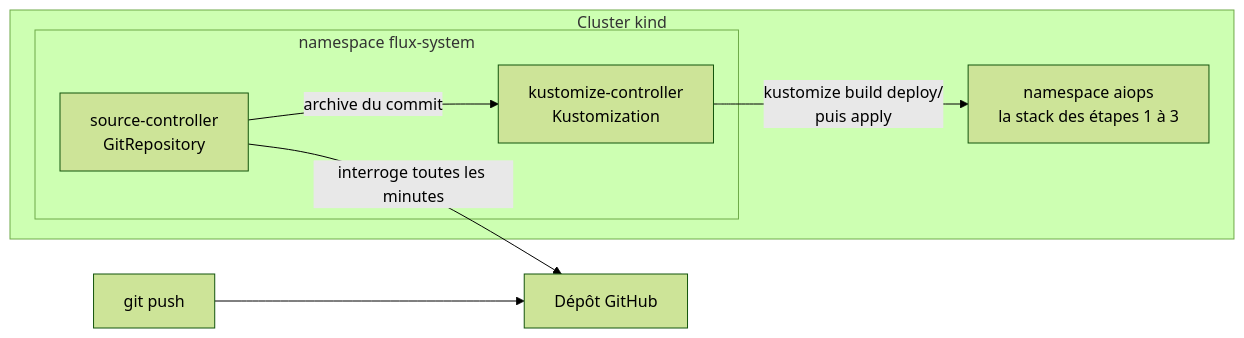
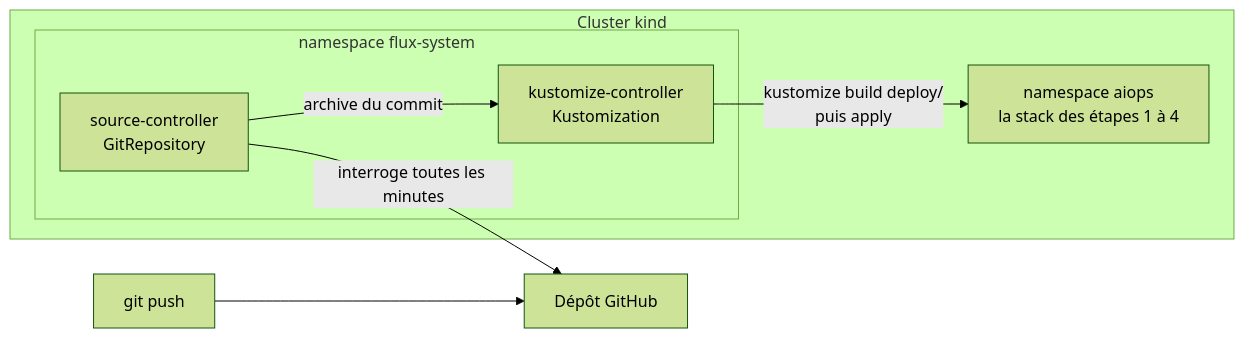
Before and after one commit to Abi0066/k8s-aiops-agent: the third of 3 diagrams in README.md, drawn with Mermaid (forest theme). The commit also changed other lines of this file and 3 other files, not shown here.

````diff
--- a/README.md
+++ b/README.md
@@ -150,14 +150,14 @@
 ```mermaid
 flowchart LR
     Dev["git push"] --> GH["Dépôt GitHub"]
     subgraph K8s["Cluster kind"]
         subgraph Flux["namespace flux-system"]
             SC["source-controller<br/>GitRepository"]
             KC["kustomize-controller<br/>Kustomization"]
         end
-        Stack["namespace aiops<br/>la stack des étapes 1 à 3"]
+        Stack["namespace aiops<br/>la stack des étapes 1 à 4"]
     end
     SC -->|interroge toutes les minutes| GH
     SC -->|archive du commit| KC
     KC -->|kustomize build deploy/<br/>puis apply| Stack
 ```
````
